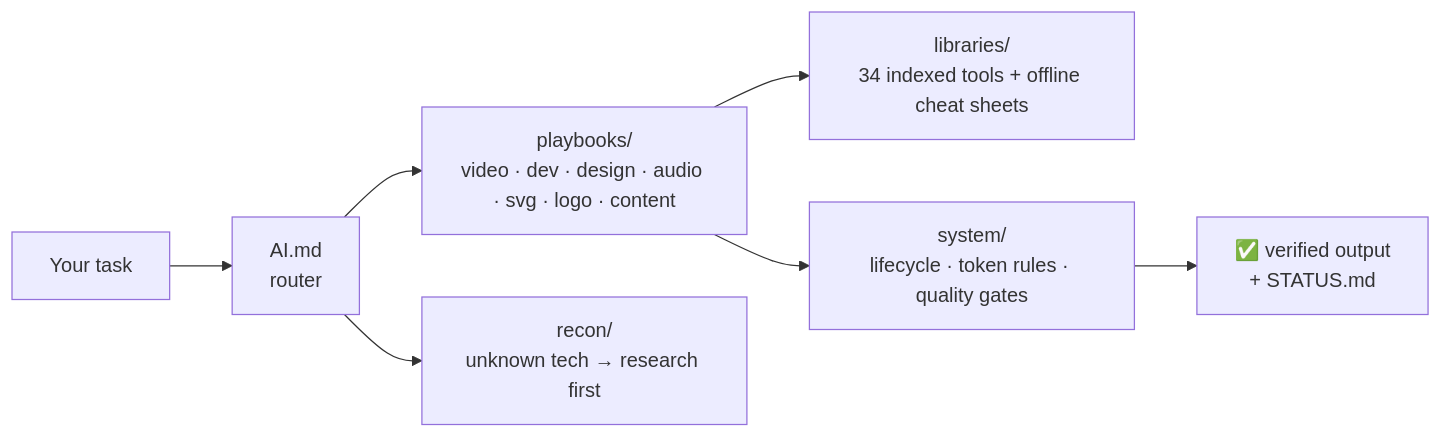
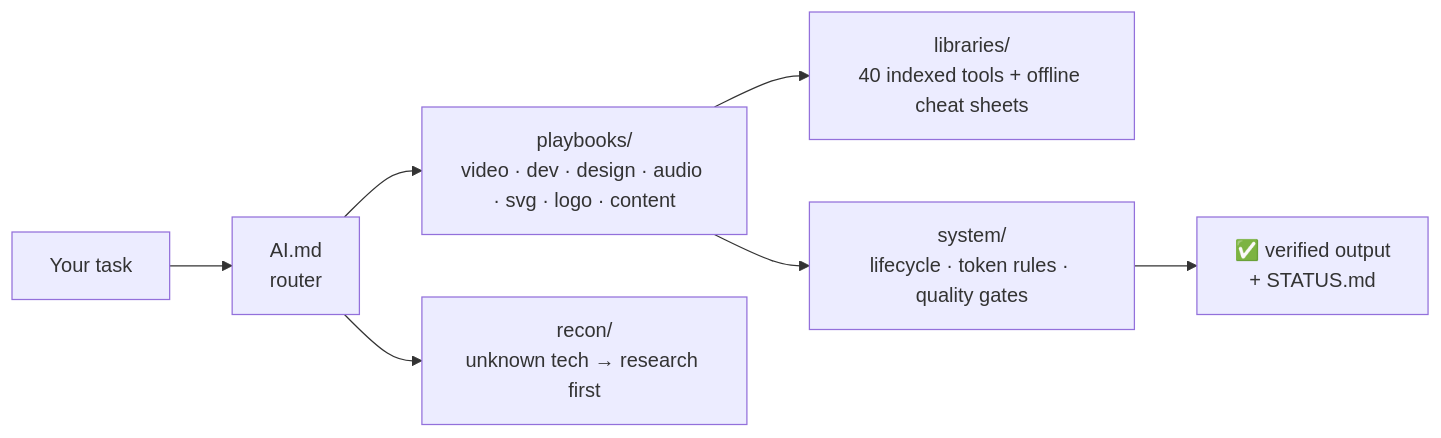
Before and after one commit to Sanjayyykumar/ai-essentials: the diagram in README.md, drawn with Mermaid.

Commit message:
README: tool count

````diff
--- a/README.md
+++ b/README.md
@@ -27,9 +27,9 @@
 ```mermaid
 flowchart LR
   T[Your task] --> A[AI.md<br/>router]
   A --> P[playbooks/<br/>video · dev · design · audio · svg · logo · content]
   A --> R[recon/<br/>unknown tech → research first]
-  P --> L[libraries/<br/>34 indexed tools + offline cheat sheets]
+  P --> L[libraries/<br/>40 indexed tools + offline cheat sheets]
   P --> S[system/<br/>lifecycle · token rules · quality gates]
   S --> D[✅ verified output<br/>+ STATUS.md]
 ```
````
